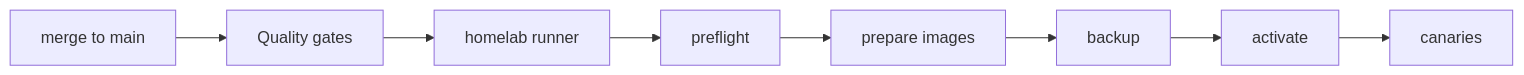
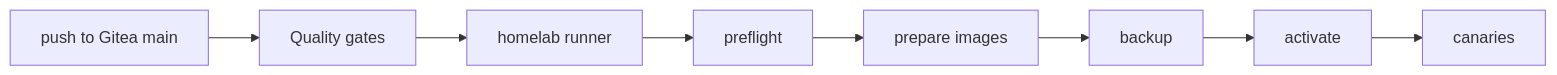
Before and after one commit to dgaramos/craftcontrol: the diagram in docs/automated-deployment.md, drawn with Mermaid. The commit also changed other lines of this file and 5 other files, not shown here.

Commit message:
ci(gitea): deploy verified main pushes

````diff
--- a/docs/automated-deployment.md
+++ b/docs/automated-deployment.md
@@ -11,4 +11,4 @@
 ```mermaid
 flowchart LR
-    merge["merge to main"] --> quality["Quality gates"] --> runner["homelab runner"] --> preflight --> images["prepare images"] --> backup --> activate --> canaries
+    push["push to Gitea main"] --> quality["Quality gates"] --> runner["homelab runner"] --> preflight --> images["prepare images"] --> backup --> activate --> canaries
 ```
````
